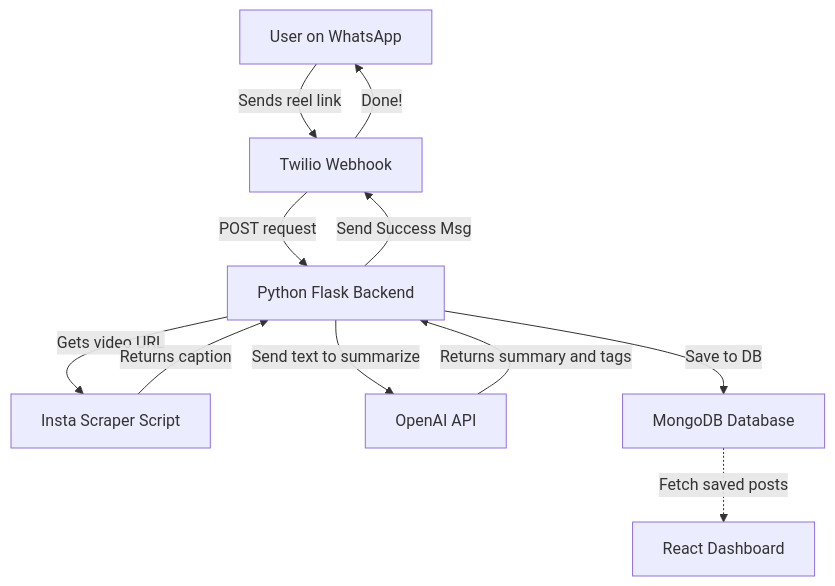
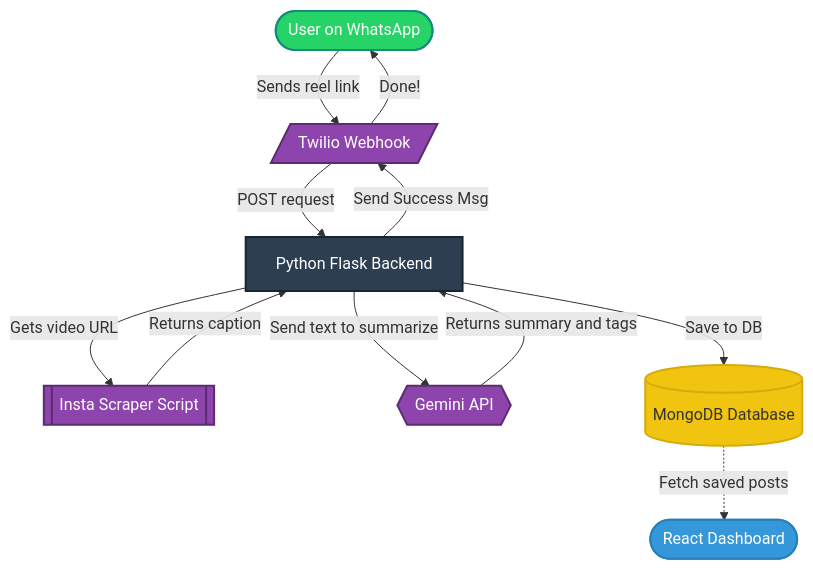
Before and after one commit to Skillboy127/The-Social-Bookmarker: the diagram in README.md, drawn with Mermaid. The commit also changed other lines of this file, not shown here.

````diff
--- a/README.md
+++ b/README.md
@@ -11,21 +11,34 @@
 ```mermaid
 flowchart TD
-    User["User on WhatsApp"]
-    Twilio["Twilio Webhook"]
+    %% Nodes with unique shapes
+    User(["User on WhatsApp"])
+    Twilio[/"Twilio Webhook"/]
     FlaskApp["Python Flask Backend"]
-    Scraper["Insta Scraper Script"]
-    ChatGPT["OpenAI API"]
-    DB["MongoDB Database"]
-    Frontend["React Dashboard"]
+    Scraper[["Insta Scraper Script"]]
+    Gemini{{"Gemini API"}}
+    DB[("MongoDB Database")]
+    Frontend(["React Dashboard"])
+    %% Flow connections
     User -->|"Sends reel link"| Twilio
     Twilio -->|"POST request"| FlaskApp
     FlaskApp -->|"Gets video URL"| Scraper
     Scraper -->|"Returns caption"| FlaskApp
-    FlaskApp -->|"Send text to summarize"| ChatGPT
-    ChatGPT -->|"Returns summary and tags"| FlaskApp
+    FlaskApp -->|"Send text to summarize"| Gemini
+    Gemini -->|"Returns summary and tags"| FlaskApp
     FlaskApp -->|"Save to DB"| DB
     FlaskApp -->|"Send Success Msg"| Twilio
     Twilio -->|"Done!"| User
     
     DB -.->|"Fetch saved posts"| Frontend
+    %% Styling and colors
+    classDef userNode fill:#25D366,stroke:#128C7E,stroke-width:2px,color:#fff;
+    classDef apiNode fill:#8E44AD,stroke:#5B2C6F,stroke-width:2px,color:#fff;
+    classDef backendNode fill:#2C3E50,stroke:#1A252F,stroke-width:2px,color:#fff;
+    classDef frontendNode fill:#3498DB,stroke:#2980B9,stroke-width:2px,color:#fff;
+    classDef dbNode fill:#F1C40F,stroke:#D4AC0D,stroke-width:2px,color:#333;
+    class User userNode;
+    class Twilio,Gemini,Scraper apiNode;
+    class FlaskApp backendNode;
+    class DB dbNode;
+    class Frontend frontendNode;
 ```
````
